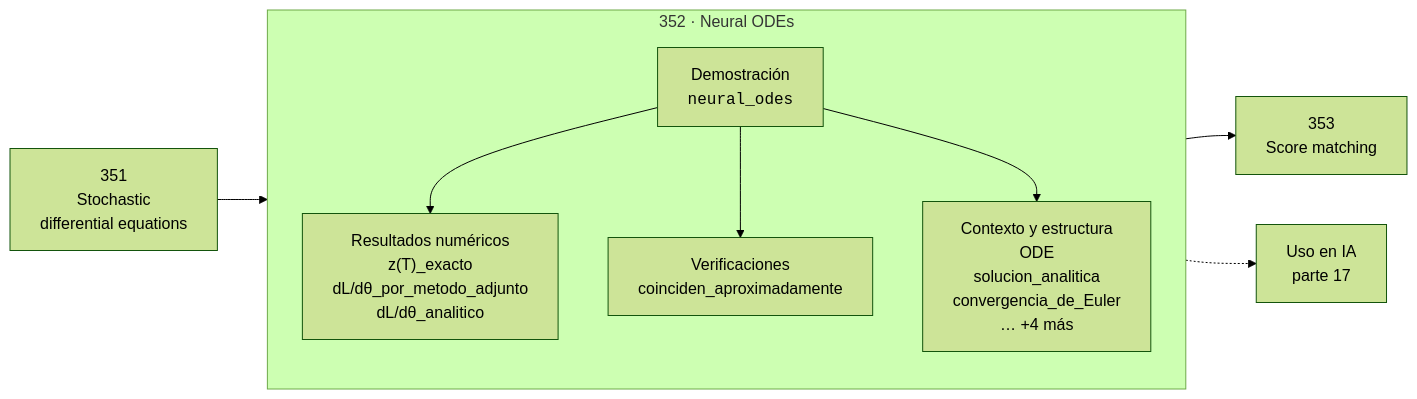
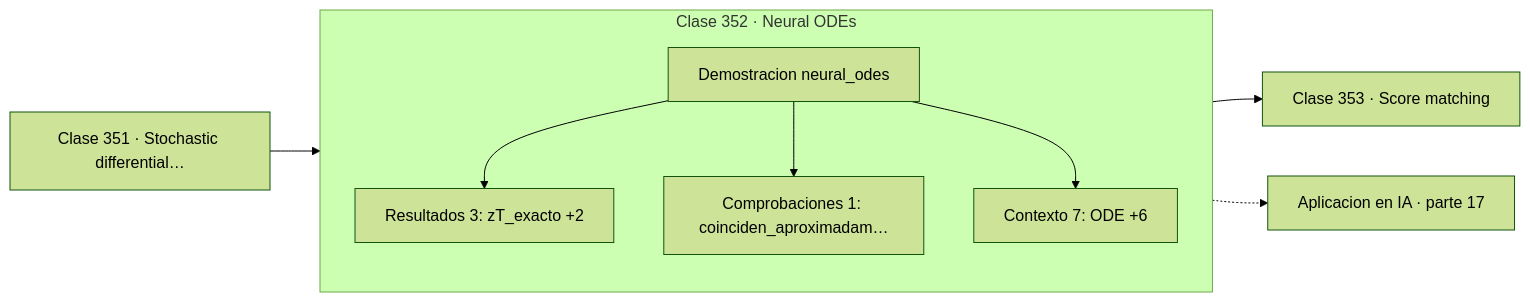
One commit to vladimiracunadev-create/computational-mathematics-program changed the diagram in classes/part-17-frontera-matematica-para-ia-e-investigacion/352-neural-odes/README.md. Above: the diagram before and after it, drawn with Mermaid (forest theme). The commit also changed 389 other files, not shown here.

First line of the commit message:
fix(diagramas): elimina el HTML de las etiquetas Mermaid

````diff
--- a/classes/part-17-frontera-matematica-para-ia-e-investigacion/352-neural-odes/README.md
+++ b/classes/part-17-frontera-matematica-para-ia-e-investigacion/352-neural-odes/README.md
@@ -30,12 +30,13 @@
 ```mermaid
 flowchart LR
-    P["351<br/>Stochastic<br/>differential equations"] --> C
-    subgraph C["352 · Neural ODEs"]
+    P["Clase 351 · Stochastic differential…"] --> D
+    subgraph CLASE["Clase 352 · Neural ODEs"]
         direction TB
-        D["Demostración<br/><code>neural_odes</code>"] --> R["Resultados numéricos<br/>z(T)_exacto<br/>dL/dθ_por_metodo_adjunto<br/>dL/dθ_analitico"]
-        D --> V["Verificaciones<br/>coinciden_aproximadamente"]
-        D --> O["Contexto y estructura<br/>ODE<br/>solucion_analitica<br/>convergencia_de_Euler<br/>… +4 más"]
+        D["Demostracion neural_odes"]
+        D --> R["Resultados 3: zT_exacto +2"]
+        D --> V["Comprobaciones 1: coinciden_aproximadam…"]
+        D --> O["Contexto 7: ODE +6"]
     end
-    C --> N["353<br/>Score matching"]
-    C -.-> IA["Uso en IA<br/>parte 17"]
+    R --> N["Clase 353 · Score matching"]
+    V -.-> IA["Aplicacion en IA · parte 17"]
 ```
````
